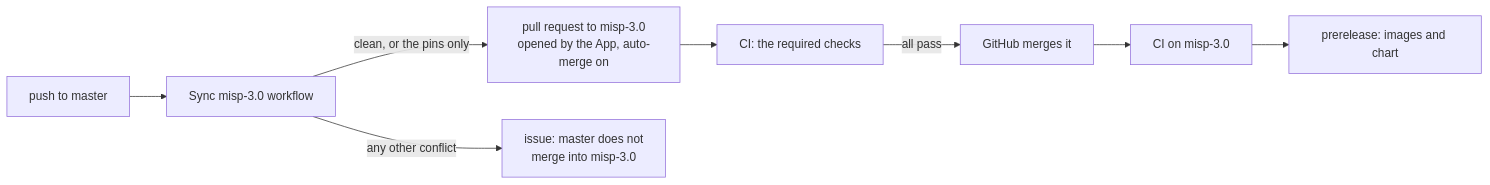
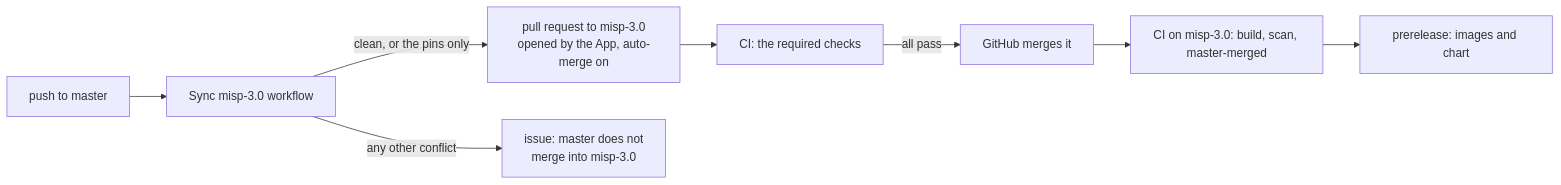
The diagram in DEVELOPING.md (oivindoh/misp-container), drawn with Mermaid before and after one commit. The commit also changed other lines of this file and 3 other files, not shown here.

````diff
--- a/DEVELOPING.md
+++ b/DEVELOPING.md
@@ -182,10 +182,10 @@
 ```mermaid
 flowchart LR
     M[push to master] --> S[Sync misp-3.0 workflow]
     S -->|clean, or the pins only| P[pull request to misp-3.0<br/>opened by the App, auto-merge on]
     S -->|any other conflict| I[issue: master does not<br/>merge into misp-3.0]
     P --> C[CI: the required checks]
     C -->|all pass| G[GitHub merges it]
-    G --> B[CI on misp-3.0]
+    G --> B[CI on misp-3.0: build, scan, master-merged]
     B --> R[prerelease: images and chart]
 ```
````
